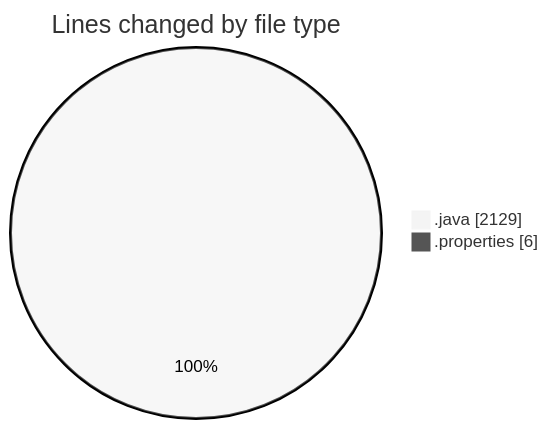
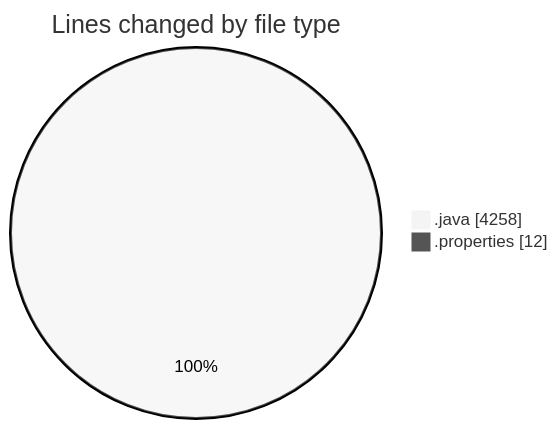
One commit to charlie-sans/code-tracking changed the first of 2 diagrams in 2025-03-18/jmasm/README.md. Above: the diagram before and after it, drawn with Mermaid (neutral theme). The commit also changed other lines of this file and 1 other file, not shown here.

````diff
--- a/2025-03-18/jmasm/README.md
+++ b/2025-03-18/jmasm/README.md
@@ -25,6 +25,6 @@
 ```mermaid
 pie showData
 title Lines changed by file type
-".java" : 2129
-".properties" : 6
+".java" : 4258
+".properties" : 12
 ```
````
